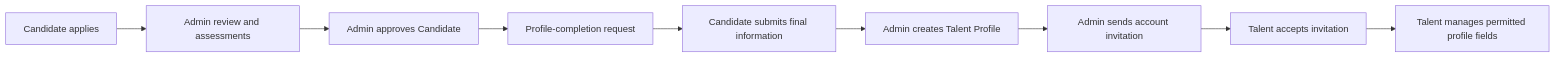
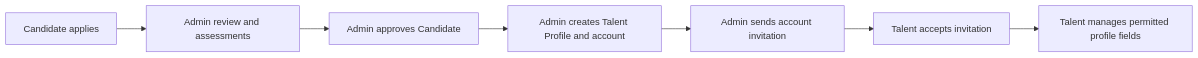
Before and after one commit to blih-tech/blihops-design: the second of 2 diagrams in 02-UX/User-Flows.md, drawn with Mermaid. The commit also changed other lines of this file and 6 other files, not shown here.

Commit message:
updated all files to remove the profile completion step since it just added a friction

````diff
--- a/02-UX/User-Flows.md
+++ b/02-UX/User-Flows.md
@@ -33,11 +33,9 @@
 ```mermaid
 flowchart LR
     A["Candidate applies"] --> B["Admin review and assessments"]
     B --> C["Admin approves Candidate"]
-    C --> D["Profile-completion request"]
-    D --> E["Candidate submits final information"]
-    E --> F["Admin creates Talent Profile"]
-    F --> G["Admin sends account invitation"]
-    G --> H["Talent accepts invitation"]
-    H --> I["Talent manages permitted profile fields"]
+    C --> D["Admin creates Talent Profile and account"]
+    D --> E["Admin sends account invitation"]
+    E --> F["Talent accepts invitation"]
+    F --> G["Talent manages permitted profile fields"]
 ```
````
